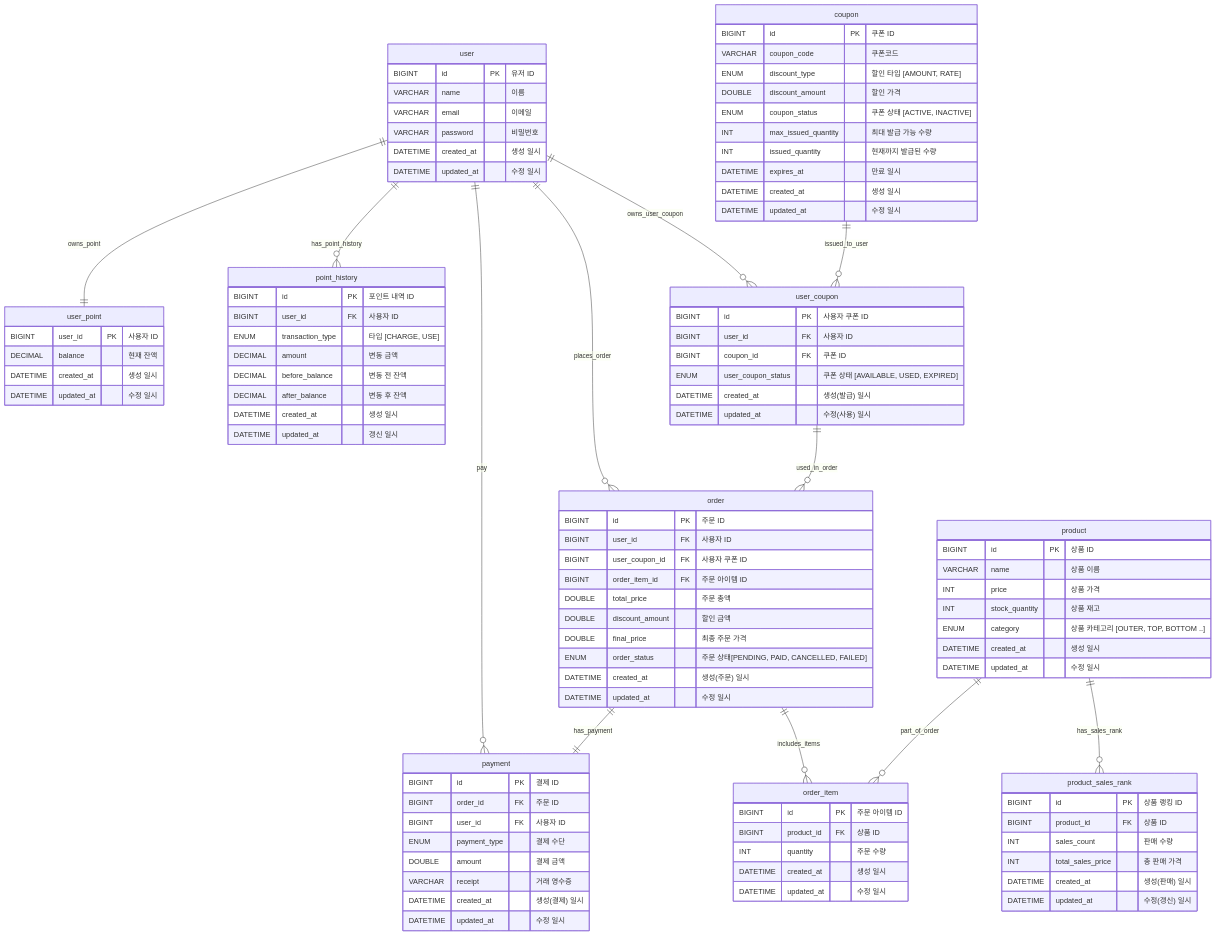
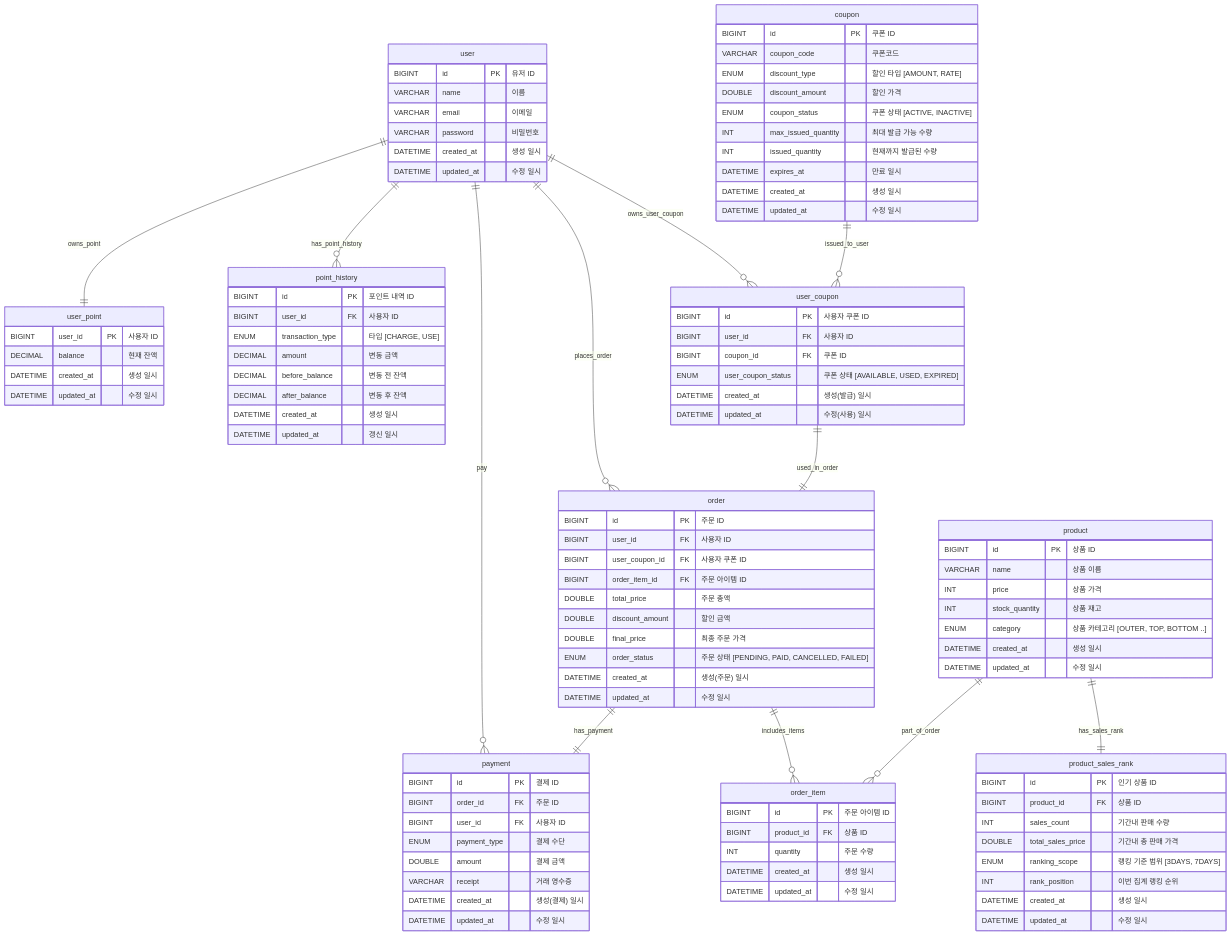
Before and after one commit to leevigong/hhplus-ecommerce: the diagram in docs/ERD.md, drawn with Mermaid. The commit also changed other lines of this file, not shown here.

````diff
--- a/docs/ERD.md
+++ b/docs/ERD.md
@@ -38,12 +40,14 @@
     }
 
     product_sales_rank {
-        BIGINT id PK "상품 랭킹 ID"
+        BIGINT id PK "인기 상품 ID"
         BIGINT product_id FK "상품 ID"
-        INT sales_count "판매 수량"
-        INT total_sales_price "총 판매 가격"
-        DATETIME created_at "생성(판매) 일시"
-        DATETIME updated_at "수정(갱신) 일시"
+        INT sales_count "기간내 판매 수량"
+        DOUBLE total_sales_price "기간내 총 판매 가격"
+        ENUM ranking_scope "랭킹 기준 범위 [3DAYS, 7DAYS]"
+        INT rank_position "이번 집계 랭킹 순위"
+        DATETIME created_at "생성 일시"
+        DATETIME updated_at "수정 일시"
     }
 
     order {
@@ -54,7 +58,7 @@
         DOUBLE total_price "주문 총액"
         DOUBLE discount_amount "할인 금액"
         DOUBLE final_price "최종 주문 가격"
-        ENUM order_status "주문 상태[PENDING, PAID, CANCELLED, FAILED]"
+        ENUM order_status "주문 상태 [PENDING, PAID, CANCELLED, FAILED]"
         DATETIME created_at "생성(주문) 일시"
         DATETIME updated_at "수정 일시"
     }
@@ -108,8 +112,8 @@
     order ||--o{ order_item: includes_items
     order ||--|| payment: has_payment
     product ||--o{ order_item: part_of_order
-    product ||--o{ product_sales_rank: has_sales_rank
+    product ||--|| product_sales_rank: has_sales_rank
     coupon ||--o{ user_coupon: issued_to_user
-    user_coupon ||--o{ order: used_in_order
-    
+    user_coupon ||--|| order: used_in_order
+
 ```
````
